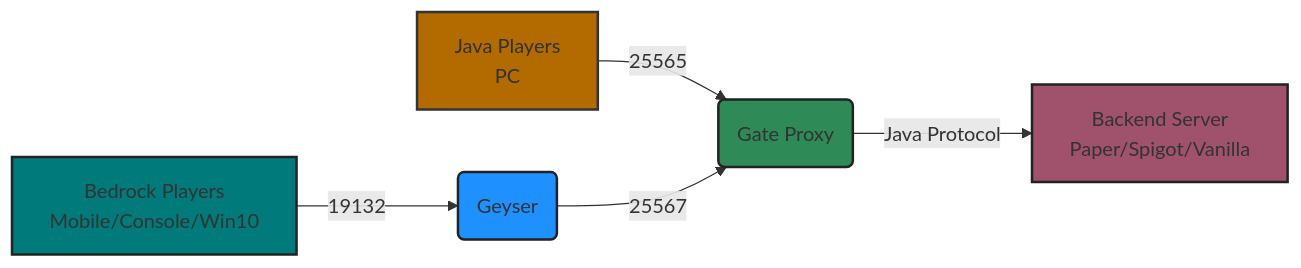
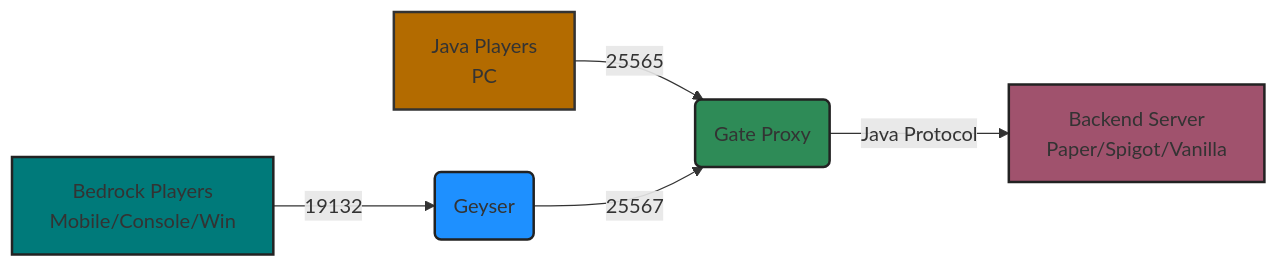
Before and after one commit to minekube/gate: the first of 2 diagrams in README.md, drawn with Mermaid. The commit also changed other lines of this file and 19 other files, not shown here.

````diff
--- a/README.md
+++ b/README.md
@@ -43,13 +43,13 @@
 ```mermaid
 graph LR
     A[Java Players<br/>PC] -->|25565| D(Gate Proxy)
-    B[Bedrock Players<br/>Mobile/Console/Win10] -->|19132| C(Geyser)
+    B[Bedrock Players<br/>Mobile/Console/Win] -->|19132| C(Geyser)
     C -->|25567| D
     D -->|Java Protocol| E[Backend Server<br/>Paper/Spigot/Vanilla]
 
     style A fill:#b36b00,stroke:#333,stroke-width:2px
     style B fill:#007a7a,stroke:#222,stroke-width:2px
     style C fill:#1e90ff,stroke:#222,stroke-width:2px
     style D fill:#2e8b57,stroke:#222,stroke-width:2px
     style E fill:#a0526d,stroke:#222,stroke-width:2px
 ```
````
